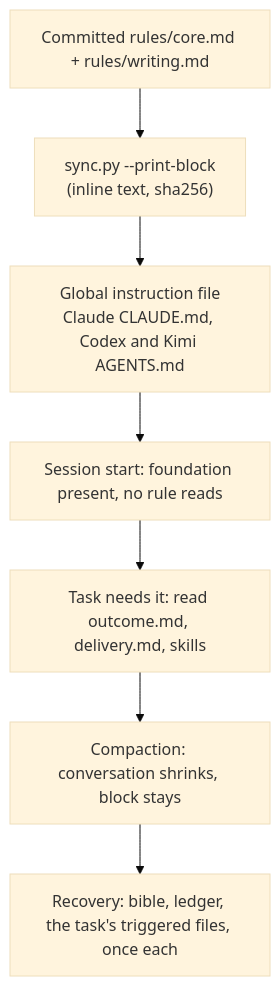
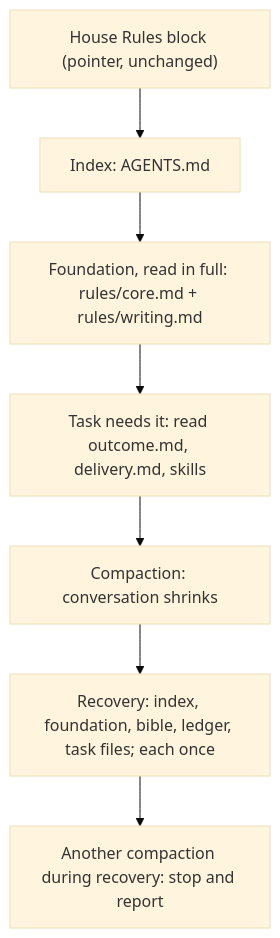
Before and after one commit to jak-pan/house-rules: the diagram in docs/design/73-instruction-layer-foundation.md, drawn with Mermaid (base theme). The commit also changed other lines of this file, not shown here.

First line of the commit message:
Design #73: keep the House Rules block a pointer; bound the re-read instead

````diff
--- a/docs/design/73-instruction-layer-foundation.md
+++ b/docs/design/73-instruction-layer-foundation.md
@@ -95,9 +92,9 @@
 ```mermaid
 flowchart TB
-  A["Committed rules/core.md + rules/writing.md"] --> B["sync.py --print-block<br/>(inline text, sha256)"]
-  B --> C["Global instruction file<br/>Claude CLAUDE.md, Codex and Kimi AGENTS.md"]
-  C --> D["Session start: foundation present, no rule reads"]
-  D --> E["Task needs it: read outcome.md, delivery.md, skills"]
-  E --> F["Compaction: conversation shrinks, block stays"]
-  F --> G["Recovery: bible, ledger, the task's triggered files, once each"]
+  A["House Rules block (pointer, unchanged)"] --> B["Index: AGENTS.md"]
+  B --> C["Foundation, read in full: rules/core.md + rules/writing.md"]
+  C --> D["Task needs it: read outcome.md, delivery.md, skills"]
+  D --> E["Compaction: conversation shrinks"]
+  E --> F["Recovery: index, foundation, bible, ledger, task files; each once"]
+  F --> G["Another compaction during recovery: stop and report"]
 ```
````
